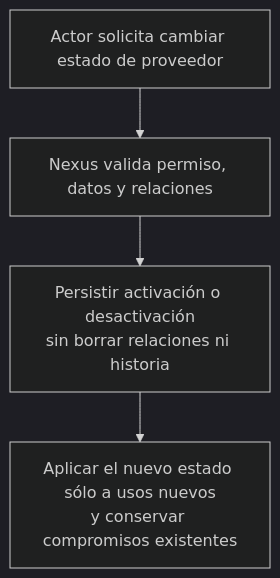
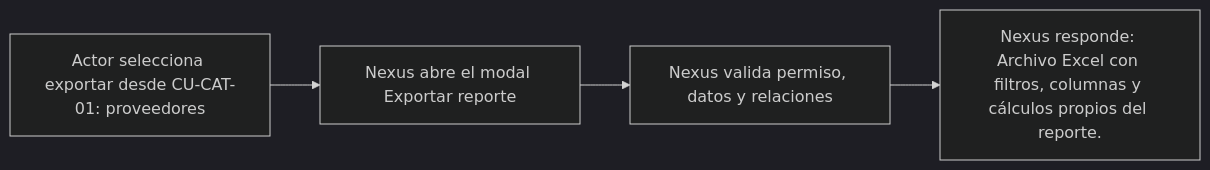
Before and after one commit to gpgsistemas01/nexus: the diagram in docs/requirements/diagrams/catalogs/cu-cat-04.md, drawn with Mermaid (dark theme). The commit also changed other lines of this file and 167 other files, not shown here.

````diff
--- a/docs/requirements/diagrams/catalogs/cu-cat-04.md
+++ b/docs/requirements/diagrams/catalogs/cu-cat-04.md
@@ -3,6 +3,6 @@
 ```mermaid
-flowchart TD
-    request["Actor solicita cambiar estado de proveedor"] --> validate["Nexus valida permiso, datos y relaciones"]
-    validate --> result["Persistir activación o desactivación<br/>sin borrar relaciones ni historia"]
-    result --> boundary["Aplicar el nuevo estado sólo a usos nuevos<br/>y conservar compromisos existentes"]
+flowchart LR
+    request["Actor selecciona exportar desde CU-CAT-01: proveedores"] --> modal["Nexus abre el modal Exportar reporte"]
+    modal --> validate["Nexus valida permiso, datos y relaciones"]
+    validate --> result["Nexus responde: Archivo Excel con filtros, columnas y cálculos propios del reporte."]
 ```
````
